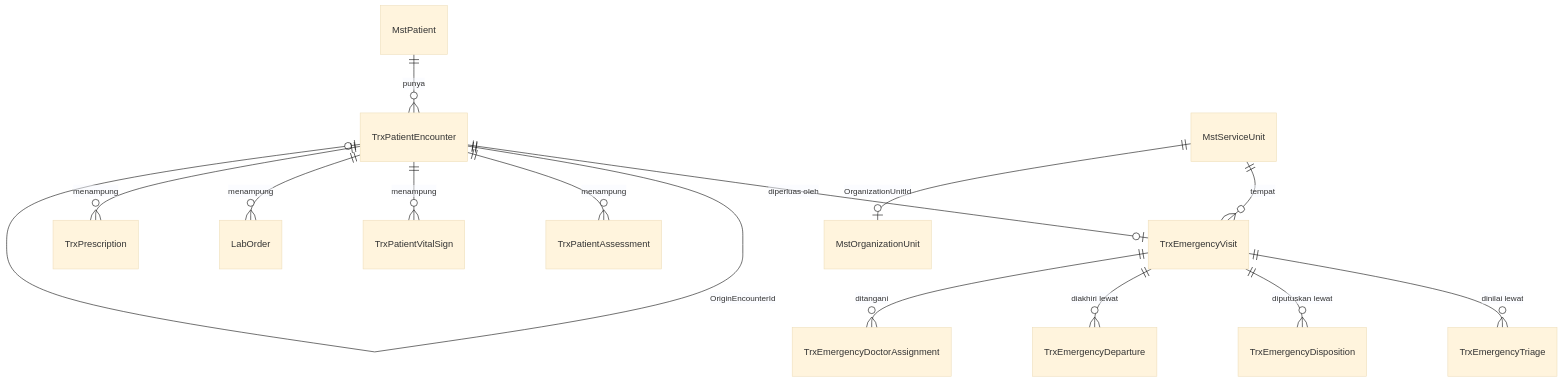
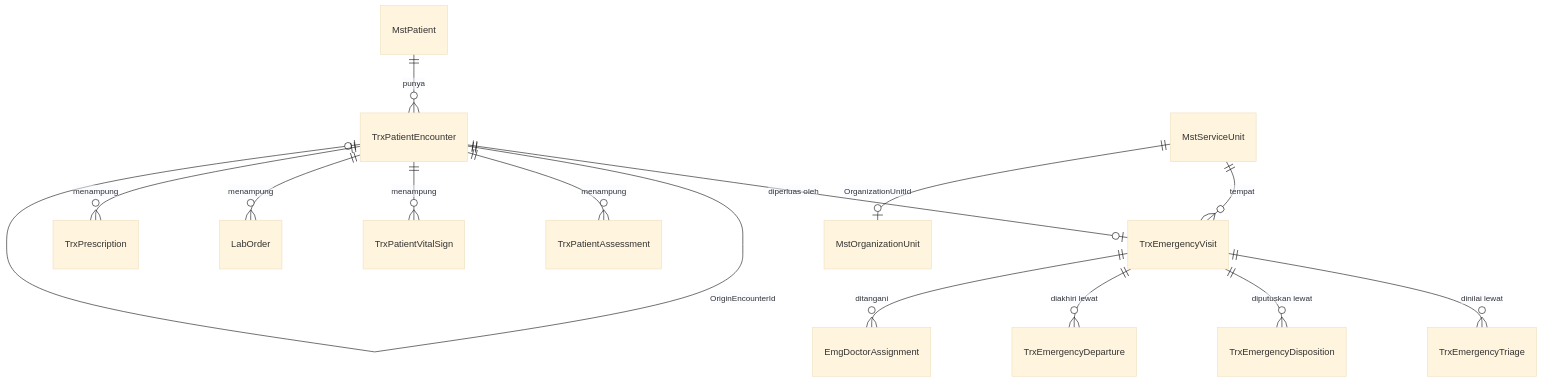
Before and after one commit to DevBenari/NewQuilvianSystemBackend: the diagram in docs/module-blueprints/igd/erd/00-context-erd.md, drawn with Mermaid (base theme). The commit also changed other lines of this file and 19 other files, not shown here.

````diff
--- a/docs/module-blueprints/igd/erd/00-context-erd.md
+++ b/docs/module-blueprints/igd/erd/00-context-erd.md
@@ -28,16 +29,16 @@
 ```mermaid
 erDiagram
     MstPatient ||--o{ TrxPatientEncounter : "punya"
     TrxPatientEncounter ||--o| TrxEmergencyVisit : "diperluas oleh"
     TrxPatientEncounter ||--o| TrxPatientEncounter : "OriginEncounterId"
     TrxPatientEncounter ||--o{ TrxPatientAssessment : "menampung"
     TrxPatientEncounter ||--o{ TrxPatientVitalSign : "menampung"
     TrxPatientEncounter ||--o{ LabOrder : "menampung"
     TrxPatientEncounter ||--o{ TrxPrescription : "menampung"
     TrxEmergencyVisit ||--o{ TrxEmergencyTriage : "dinilai lewat"
     TrxEmergencyVisit ||--o{ TrxEmergencyDisposition : "diputuskan lewat"
     TrxEmergencyVisit ||--o{ TrxEmergencyDeparture : "diakhiri lewat"
-    TrxEmergencyVisit ||--o{ TrxEmergencyDoctorAssignment : "ditangani"
+    TrxEmergencyVisit ||--o{ EmgDoctorAssignment : "ditangani"
     MstServiceUnit ||--o{ TrxEmergencyVisit : "tempat"
     MstServiceUnit ||--o| MstOrganizationUnit : "OrganizationUnitId"
 ```
````
